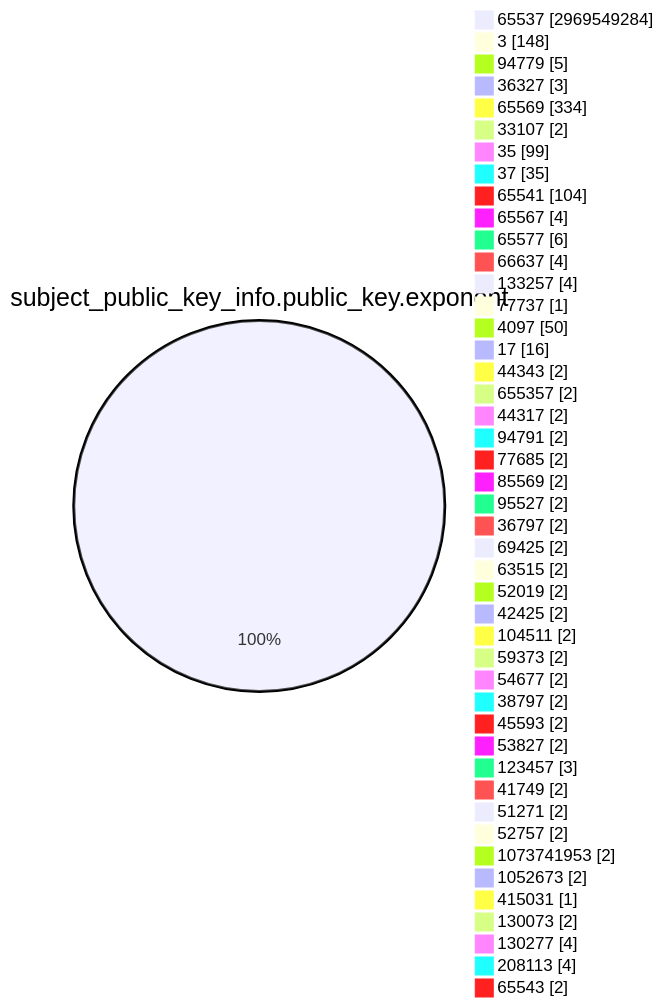
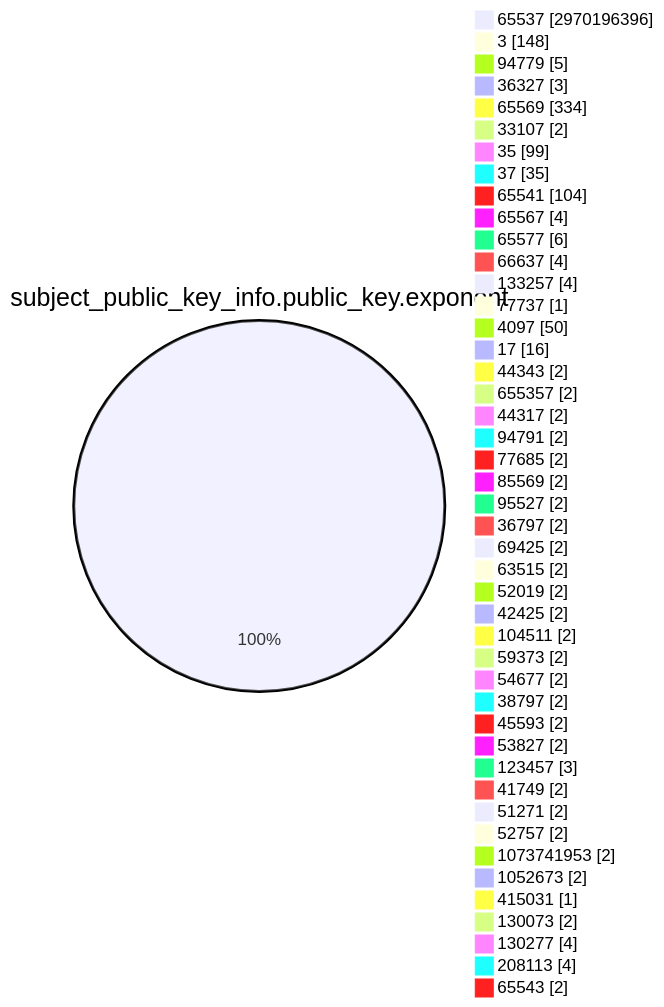
One commit to christiankrug/ctmonitor_visualization changed the fourth of 15 diagrams in TOTAL/README.md. Above: the diagram before and after it, drawn with Mermaid. The commit also changed other lines of this file, not shown here.

````diff
--- a/TOTAL/README.md
+++ b/TOTAL/README.md
@@ -1471,49 +1471,49 @@
 ```mermaid
 pie showData
 title subject_public_key_info.public_key.exponent
-"65537" :2969549284
+"65537" :2970196396
 "3" :148
 "94779" :5
 "36327" :3
 "65569" :334
 "33107" :2
 "35" :99
 "37" :35
 "65541" :104
 "65567" :4
 "65577" :6
 "66637" :4
 "133257" :4
 "77737" :1
 "4097" :50
 "17" :16
 "44343" :2
 "655357" :2
 "44317" :2
 "94791" :2
 "77685" :2
 "85569" :2
 "95527" :2
 "36797" :2
 "69425" :2
 "63515" :2
 "52019" :2
 "42425" :2
 "104511" :2
 "59373" :2
 "54677" :2
 "38797" :2
 "45593" :2
 "53827" :2
 "123457" :3
 "41749" :2
 "51271" :2
 "52757" :2
 "1073741953" :2
 "1052673" :2
 "415031" :1
 "130073" :2
 "130277" :4
 "208113" :4
 "65543" :2
 ```
````
